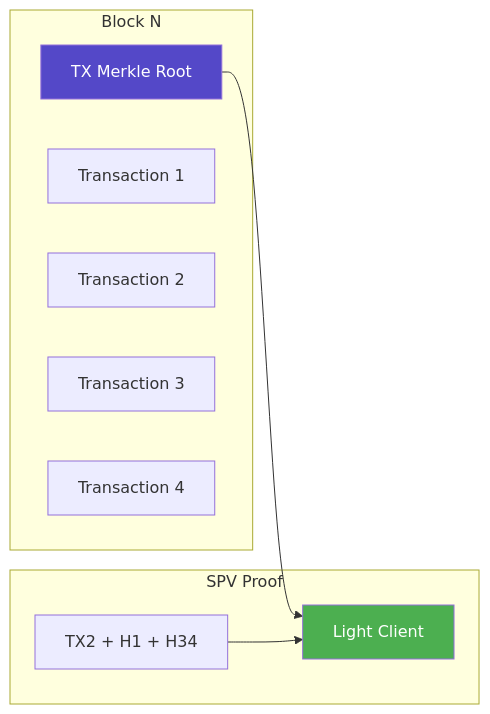
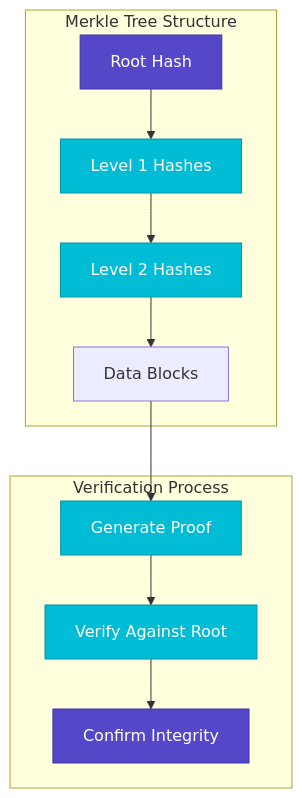
One commit to deepaucksharma/DStudio changed the second of 6 diagrams in docs/pattern-library/data-management/merkle-trees.md. Above: the diagram before and after it, drawn with Mermaid. The commit also changed other lines of this file and 23 other files, not shown here.

````diff
--- a/docs/pattern-library/data-management/merkle-trees.md
+++ b/docs/pattern-library/data-management/merkle-trees.md
@@ -272,21 +120,24 @@
 ```mermaid
-graph LR
- subgraph "Block N"
- TXRoot[TX Merkle Root]
- TX1[Transaction 1]
- TX2[Transaction 2]
- TX3[Transaction 3]
- TX4[Transaction 4]
- end
- 
- subgraph "SPV Proof"
- Proof[TX2 + H1 + H34]
- Verify[Light Client]
- end
- 
- TXRoot --> Verify
- Proof --> Verify
- 
- style TXRoot fill:#5448C8,color:#fff
- style Verify fill:#4CAF50,color:#fff
+graph TB
+    subgraph "Merkle Tree Structure"
+        R[Root Hash] --> L1[Level 1 Hashes]
+        L1 --> L2[Level 2 Hashes]
+        L2 --> D[Data Blocks]
+    end
+    
+    subgraph "Verification Process"
+        P[Generate Proof]
+        V[Verify Against Root]
+        C[Confirm Integrity]
+    end
+    
+    D --> P
+    P --> V
+    V --> C
+    
+    classDef primary fill:#5448C8,stroke:#3f33a6,color:#fff
+    classDef secondary fill:#00BCD4,stroke:#0097a7,color:#fff
+    
+    class R,C primary
+    class L1,L2,P,V secondary
 ```
````
